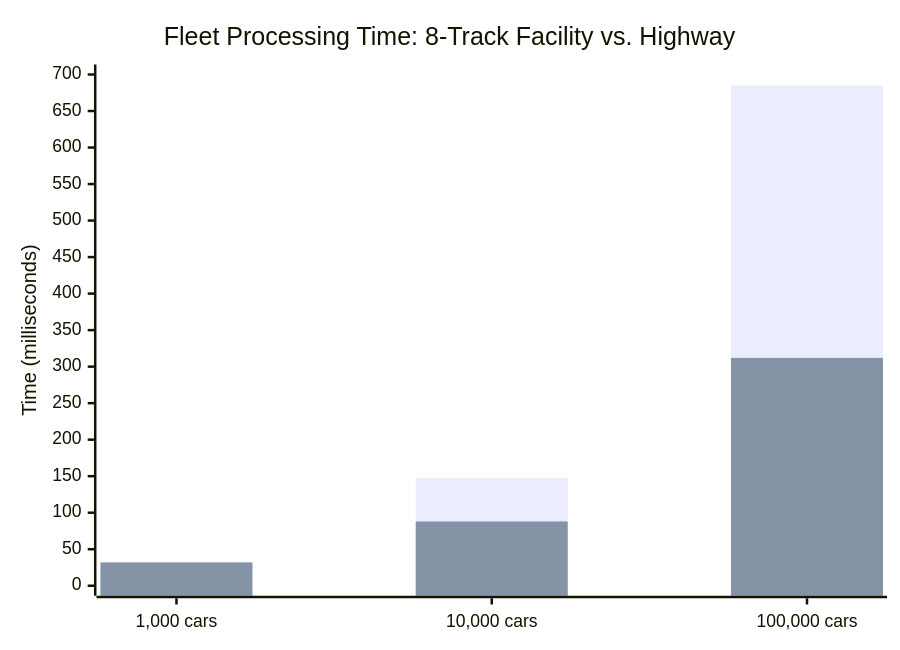
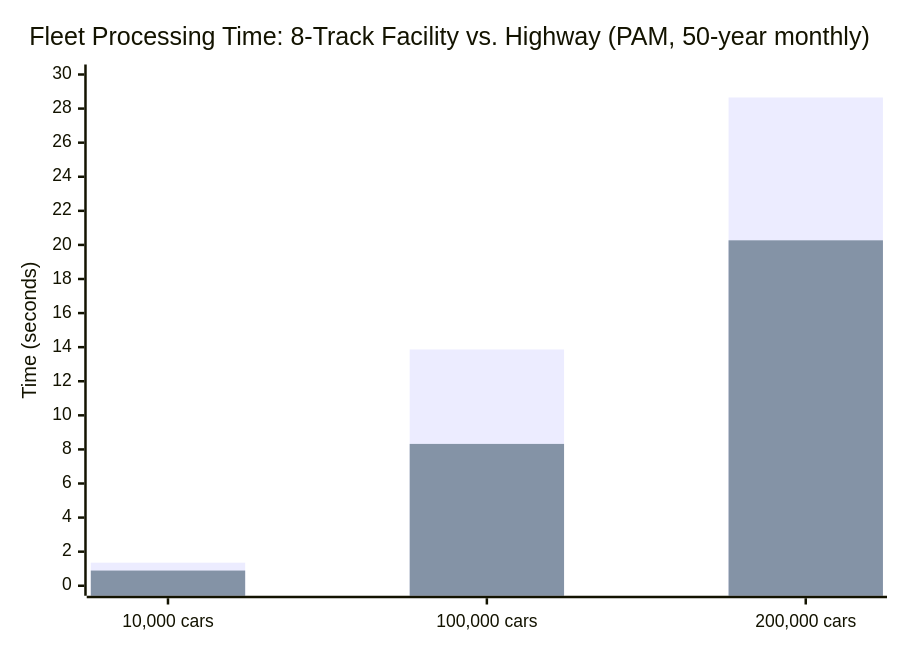
The first of 3 diagrams in docs/hackathon/results.md (FransVanEk/Actus-Insurance.Documentation), drawn with Mermaid before and after one commit. The commit also changed other lines of this file and 9 other files, not shown here.

````diff
--- a/docs/hackathon/results.md
+++ b/docs/hackathon/results.md
@@ -50,8 +52,8 @@
 ```mermaid
 xychart-beta
-    title "Fleet Processing Time: 8-Track Facility vs. Highway"
-    x-axis ["1,000 cars", "10,000 cars", "100,000 cars"]
-    y-axis "Time (milliseconds)" 0 --> 700
-    bar [15, 148, 685]
-    bar [32, 88, 312]
+    title "Fleet Processing Time: 8-Track Facility vs. Highway (PAM, 50-year monthly)"
+    x-axis ["10,000 cars", "100,000 cars", "200,000 cars"]
+    y-axis "Time (seconds)" 0 --> 30
+    bar [1.355, 13.864, 28.651]
+    bar [0.892, 8.323, 20.270]
 ```
````
